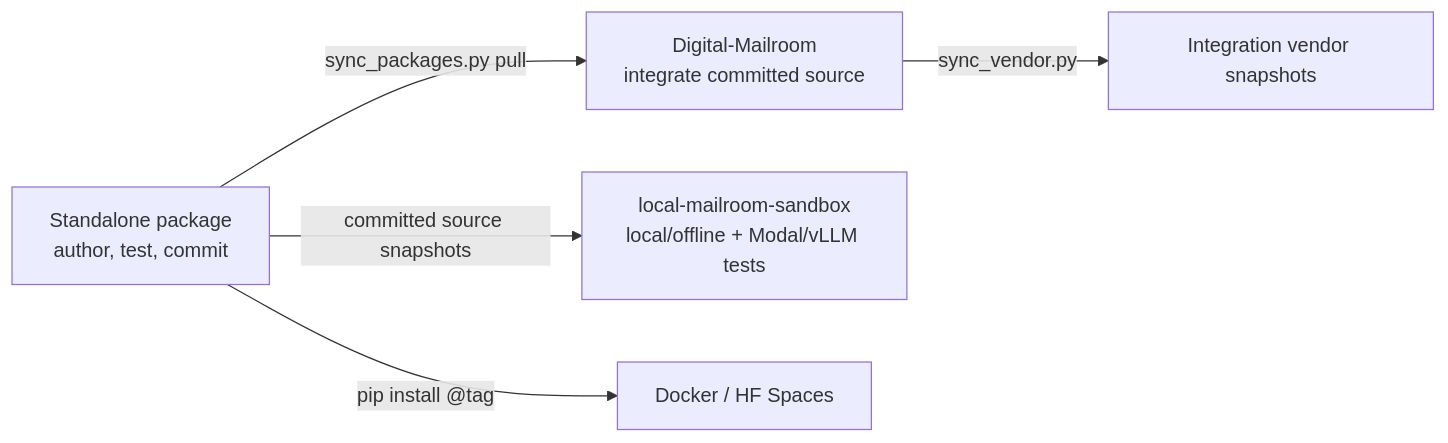
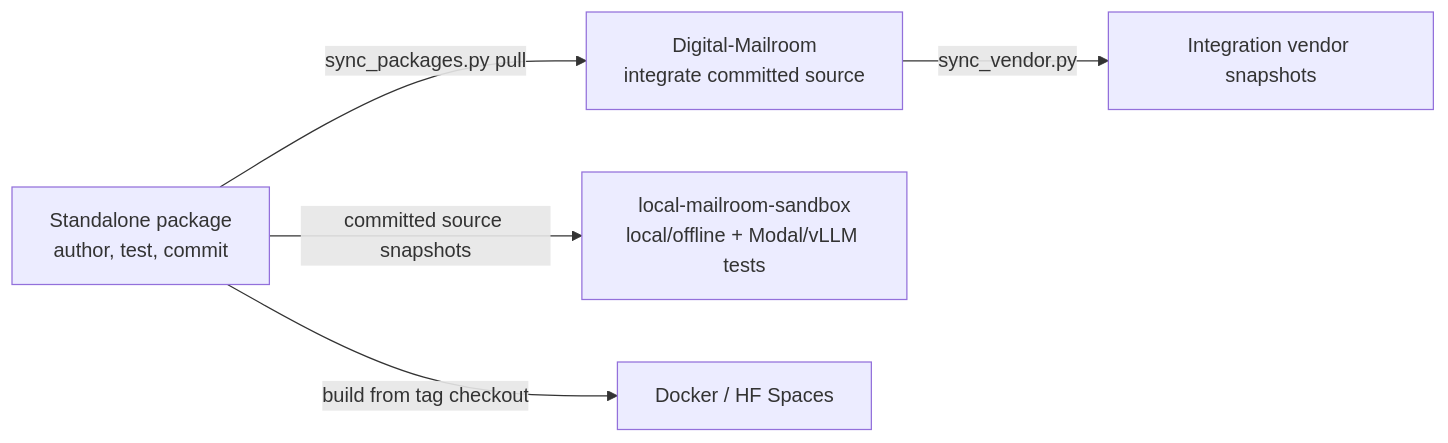
The second of 2 diagrams in docs/constellation/architecture.md (Exios66/llm-mailroom), drawn with Mermaid before and after one commit. The commit also changed 7 other files, not shown here.

````diff
--- a/docs/constellation/architecture.md
+++ b/docs/constellation/architecture.md
@@ -103,7 +103,7 @@
 ```mermaid
 flowchart LR
     UP["Standalone package<br/>author, test, commit"] -- "sync_packages.py pull" --> HUB["Digital-Mailroom<br/>integrate committed source"]
     HUB -- "sync_vendor.py" --> VENDOR["Integration vendor snapshots"]
     UP -- "committed source snapshots" --> SAND["local-mailroom-sandbox<br/>local/offline + Modal/vLLM tests"]
-    UP -- "pip install @tag" --> DEPLOY["Docker / HF Spaces"]
+    UP -- "build from tag checkout" --> DEPLOY["Docker / HF Spaces"]
 ```
````
